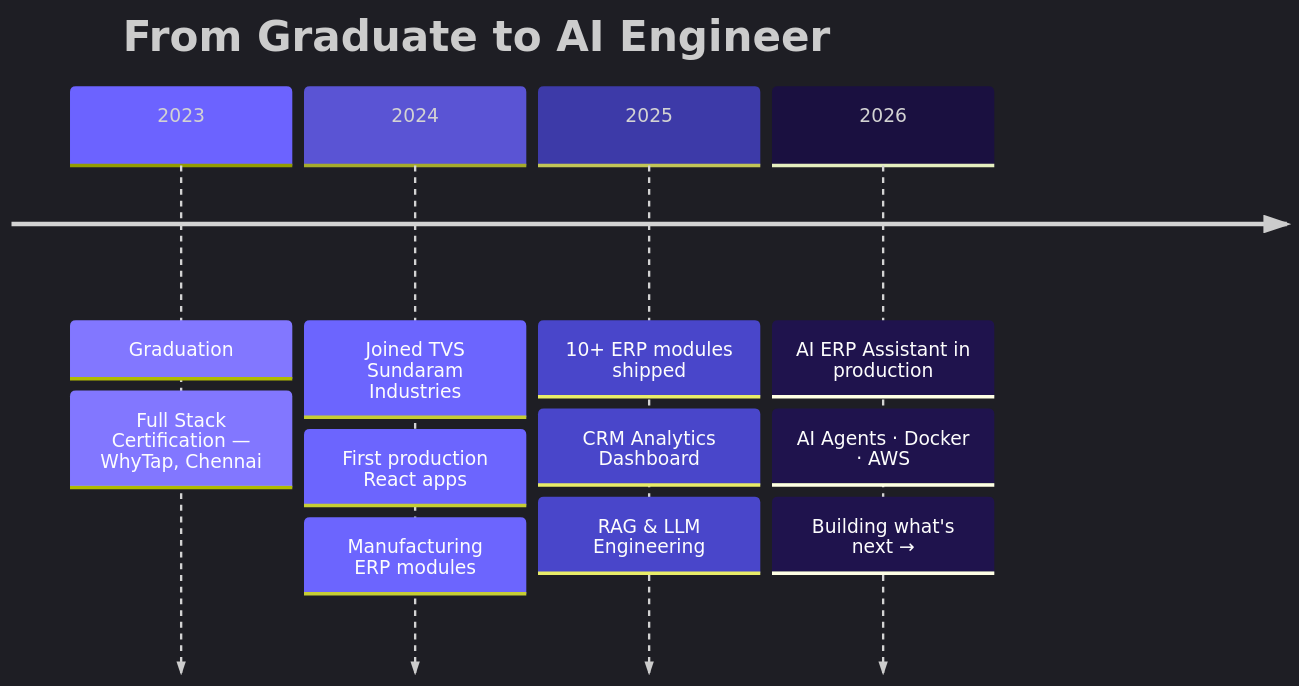
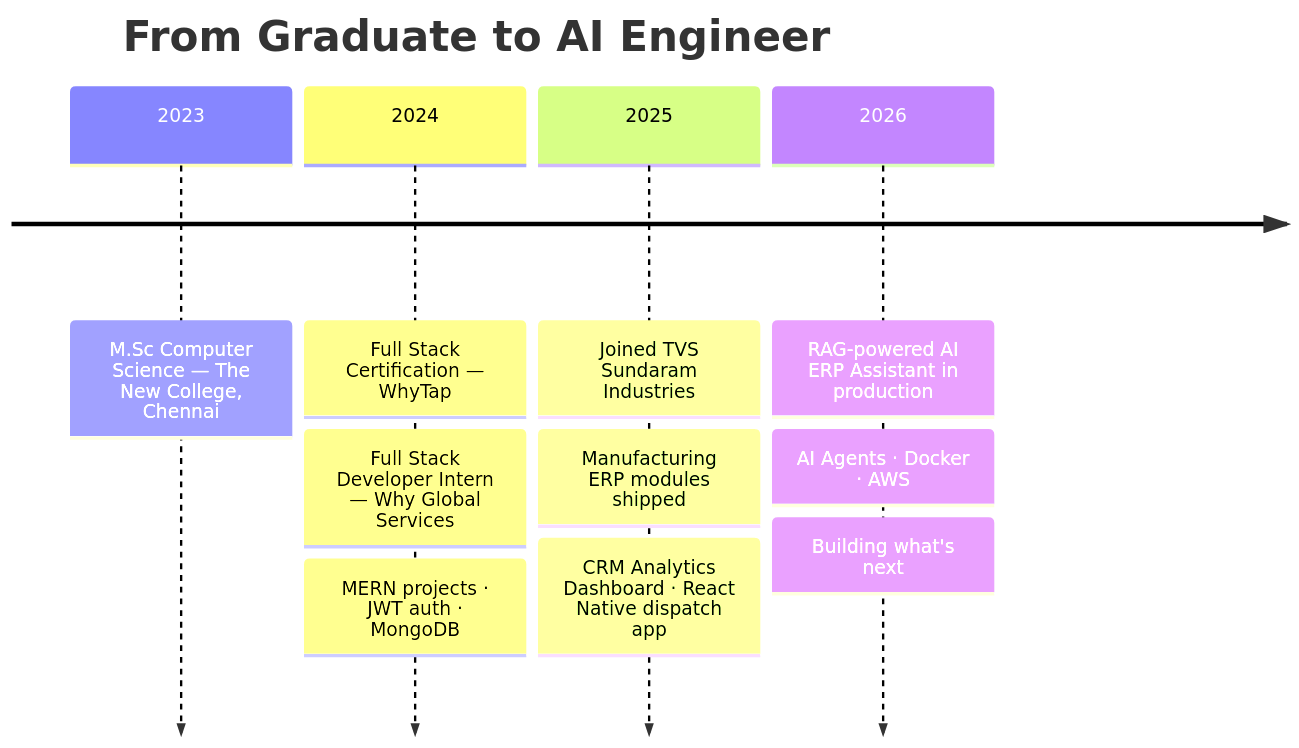
One commit to KAJA-MOIDEEN/KAJA-MOIDEEN changed the third of 3 diagrams in README.md. Above: the diagram before and after it, drawn with Mermaid. The commit also changed other lines of this file, not shown here.

````diff
--- a/README.md
+++ b/README.md
@@ -529,19 +365,14 @@
 ```mermaid
-%%{init: {'theme':'dark','themeVariables':{
-  'primaryColor':'#6C63FF','primaryTextColor':'#ffffff',
-  'cScale0':'#6C63FF','cScale1':'#5a54d4','cScale2':'#3d3aa8','cScale3':'#1a1040','cScale4':'#00a8b5',
-  'fontFamily':'JetBrains Mono, monospace'}}}%%
 timeline
     title From Graduate to AI Engineer
-    2023 : Graduation
-         : Full Stack Certification — WhyTap, Chennai
-    2024 : Joined TVS Sundaram Industries
-         : First production React apps
-         : Manufacturing ERP modules
-    2025 : 10+ ERP modules shipped
-         : CRM Analytics Dashboard
-         : RAG & LLM Engineering
-    2026 : AI ERP Assistant in production
+    2023 : M.Sc Computer Science — The New College, Chennai
+    2024 : Full Stack Certification — WhyTap
+         : Full Stack Developer Intern — Why Global Services
+         : MERN projects · JWT auth · MongoDB
+    2025 : Joined TVS Sundaram Industries
+         : Manufacturing ERP modules shipped
+         : CRM Analytics Dashboard · React Native dispatch app
+    2026 : RAG-powered AI ERP Assistant in production
          : AI Agents · Docker · AWS
-         : Building what's next →
+         : Building what's next
 ```
````
